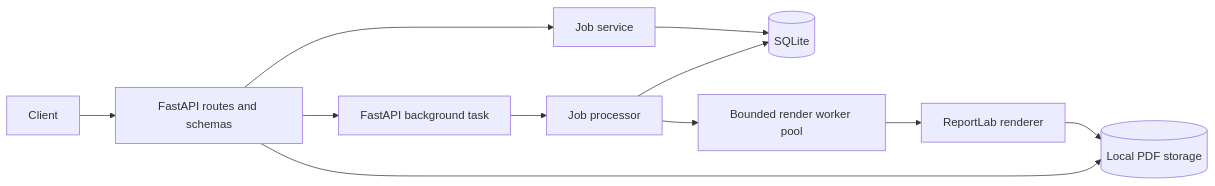
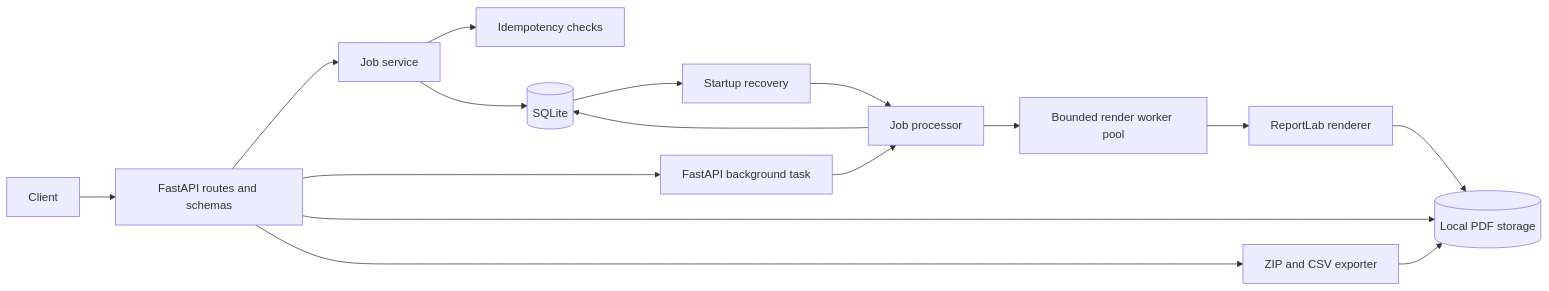
The diagram in README.md (shrikrushna007/bulk-certificate-generator-api), drawn with Mermaid before and after one commit. The commit also changed other lines of this file and 17 other files, not shown here.

````diff
--- a/README.md
+++ b/README.md
@@ -32,13 +37,18 @@
 ```mermaid
 flowchart LR
     Client --> API[FastAPI routes and schemas]
     API --> Jobs[Job service]
+    Jobs --> Idempotency[Idempotency checks]
     Jobs --> DB[(SQLite)]
     API --> Background[FastAPI background task]
     Background --> Processor[Job processor]
+    DB --> Recovery[Startup recovery]
+    Recovery --> Processor
     Processor --> Pool[Bounded render worker pool]
     Pool --> Renderer[ReportLab renderer]
     Processor --> DB
     Renderer --> Storage[(Local PDF storage)]
     API --> Storage
+    API --> Archive[ZIP and CSV exporter]
+    Archive --> Storage
 ```
````
